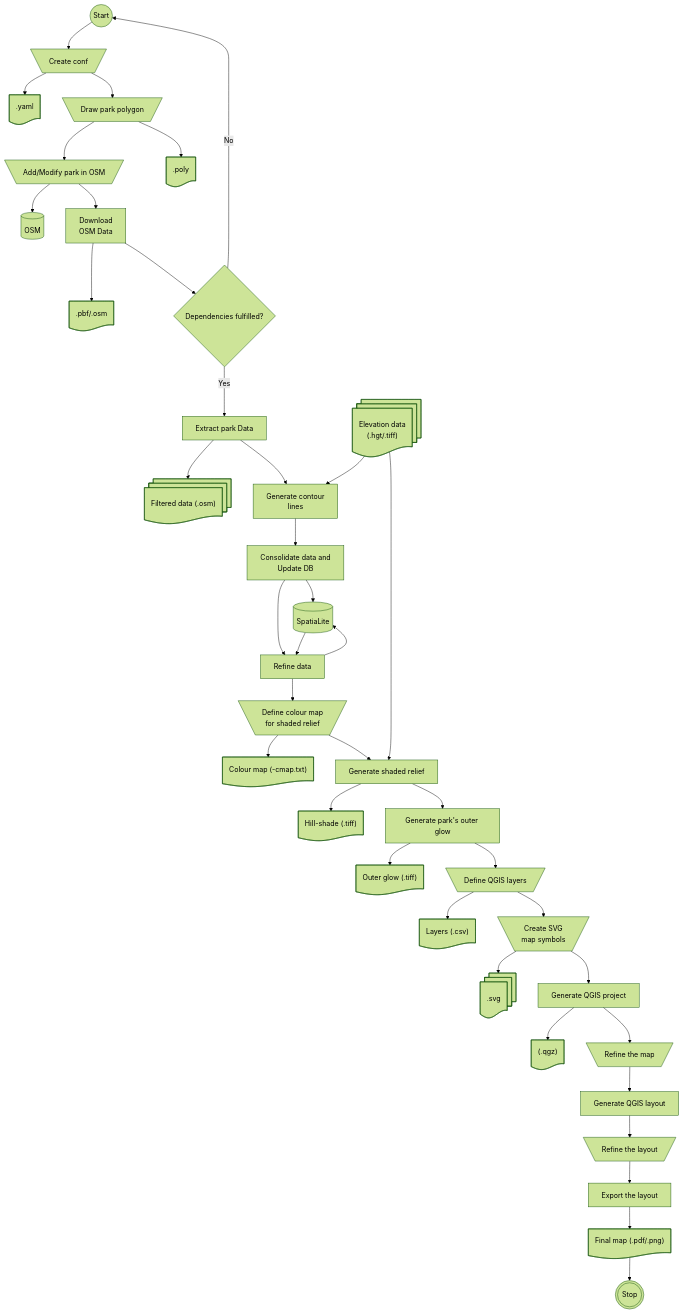
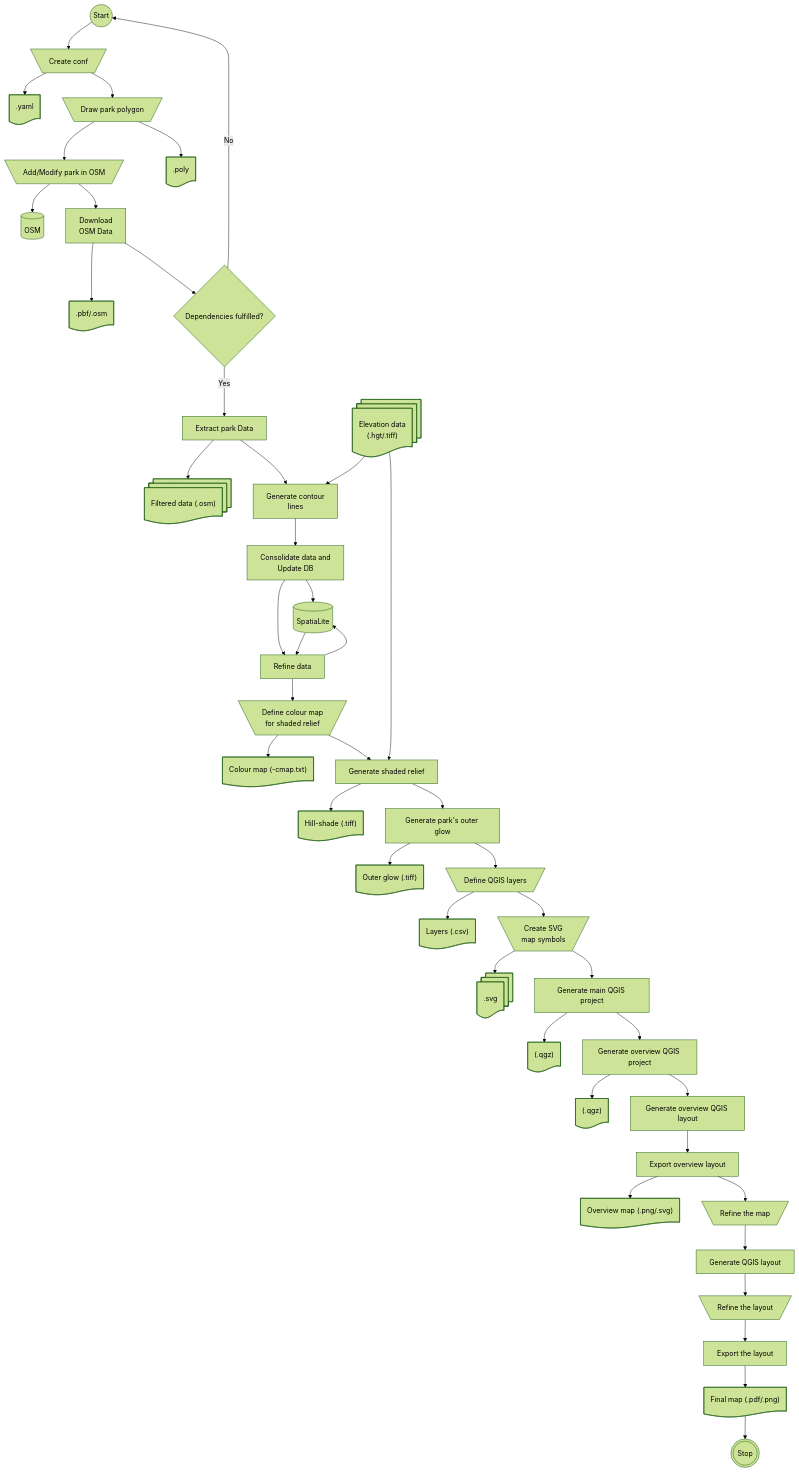
One commit to supunj/sl-np-mapping changed the diagram in README.md. Above: the diagram before and after it, drawn with Mermaid. The commit also changed other lines of this file and 143 other files, not shown here.

```diff
--- a/README.md
+++ b/README.md
@@ -95,8 +98,13 @@
             qgis_layer_definitions@{ shape: doc, label: "Layers (.csv)" }
             create_map_symbols@{ shape: trap-t, label: "Create SVG \n map symbols" }
             map_symbols@{ shape: docs, label: ".svg" }
-            generate_qgis_project@{ shape: rect, label: "Generate QGIS project" }
-            qgis_project@{ shape: doc, label: "(.qgz)" }
+            generate_main_qgis_project@{ shape: rect, label: "Generate main QGIS project" }
+            main_qgis_project@{ shape: doc, label: "(.qgz)" }
+            generate_overview_qgis_project@{ shape: rect, label: "Generate overview QGIS project" }
+            overview_qgis_project@{ shape: doc, label: "(.qgz)" }
+            generate_qgis_overview_layout@{ shape: rect, label: "Generate overview QGIS layout" }
+            export_overview_layout@{ shape: rect, label: "Export overview layout" }
+            overview_map@{ shape: doc, label: "Overview map (.png/.svg)" }
             refine_qgis_project@{ shape: trap-t, label: "Refine the map" }
             generate_qgis_layout@{ shape: rect, label: "Generate QGIS layout" }
             refine_qgis_layout@{ shape: trap-t, label: "Refine the layout" }
@@ -134,9 +142,14 @@
             define_qgis_layers --> qgis_layer_definitions            
             define_qgis_layers --> create_map_symbols
             create_map_symbols --> map_symbols
-            create_map_symbols --> generate_qgis_project
-            generate_qgis_project --> qgis_project
-            generate_qgis_project --> refine_qgis_project
+            create_map_symbols --> generate_main_qgis_project
+            generate_main_qgis_project --> main_qgis_project
+            generate_main_qgis_project --> generate_overview_qgis_project
+            generate_overview_qgis_project --> overview_qgis_project
+            generate_overview_qgis_project --> generate_qgis_overview_layout
+            generate_qgis_overview_layout --> export_overview_layout
+            export_overview_layout --> overview_map
+            export_overview_layout --> refine_qgis_project
             refine_qgis_project --> generate_qgis_layout
             generate_qgis_layout --> refine_qgis_layout
             refine_qgis_layout --> export_layout
```
